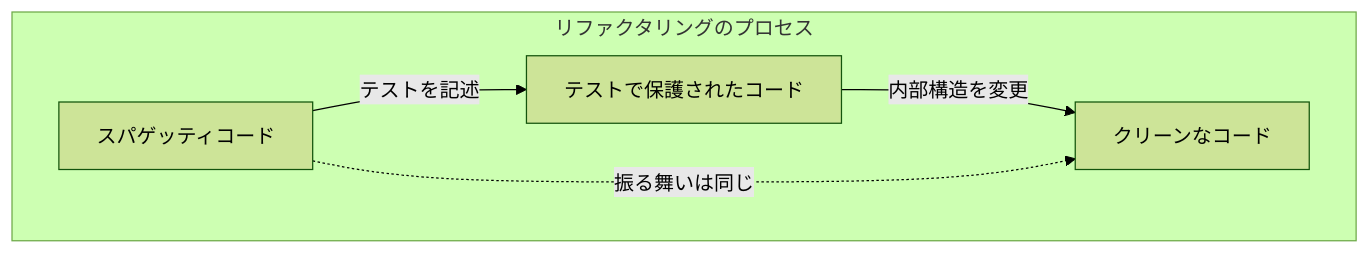
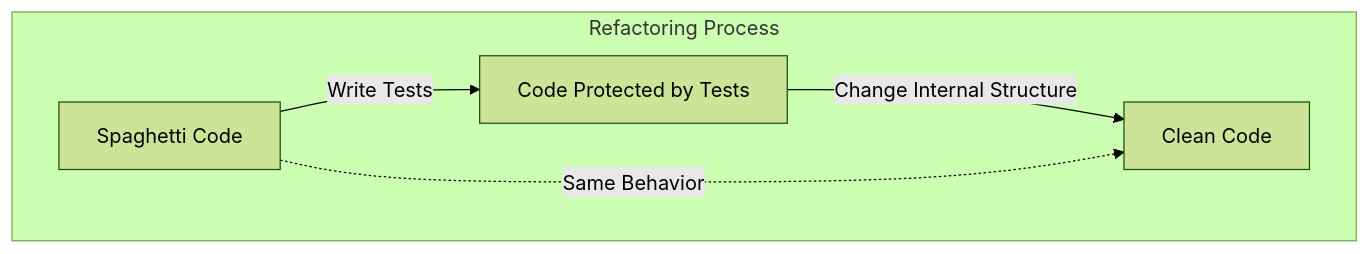
The third of 4 diagrams in content/post/ship-of-theseus/index.en.md (kenjinote/blog), drawn with Mermaid (forest theme) before and after one commit. The commit also changed other lines of this file and 28 other files, not shown here.

Commit message:
Translate Japanese text inside Mermaid diagrams to respective languages

````diff
--- a/content/post/ship-of-theseus/index.en.md
+++ b/content/post/ship-of-theseus/index.en.md
@@ -96,8 +96,8 @@
 ```mermaid
 graph TD
-    subgraph "リファクタリングのプロセス"
-        A["スパゲッティコード"] -->|"テストを記述"| B["テストで保護されたコード"]
-        B -->|"内部構造を変更"| C["クリーンなコード"]
-        A -.->|"振る舞いは同じ"| C
+    subgraph "Refactoring Process"
+        A["Spaghetti Code"] -->|"Write Tests"| B["Code Protected by Tests"]
+        B -->|"Change Internal Structure"| C["Clean Code"]
+        A -.->|"Same Behavior"| C
     end
 ```
````
